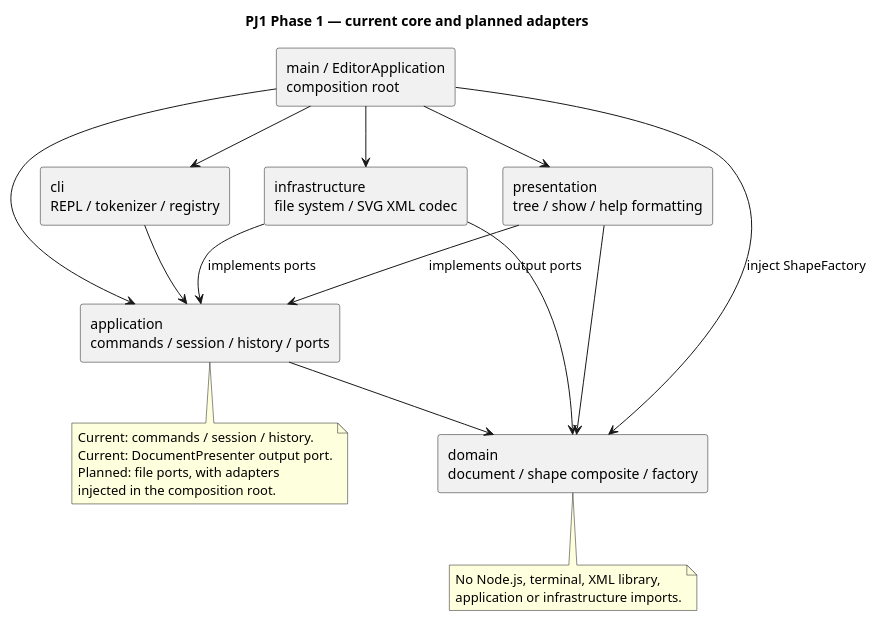
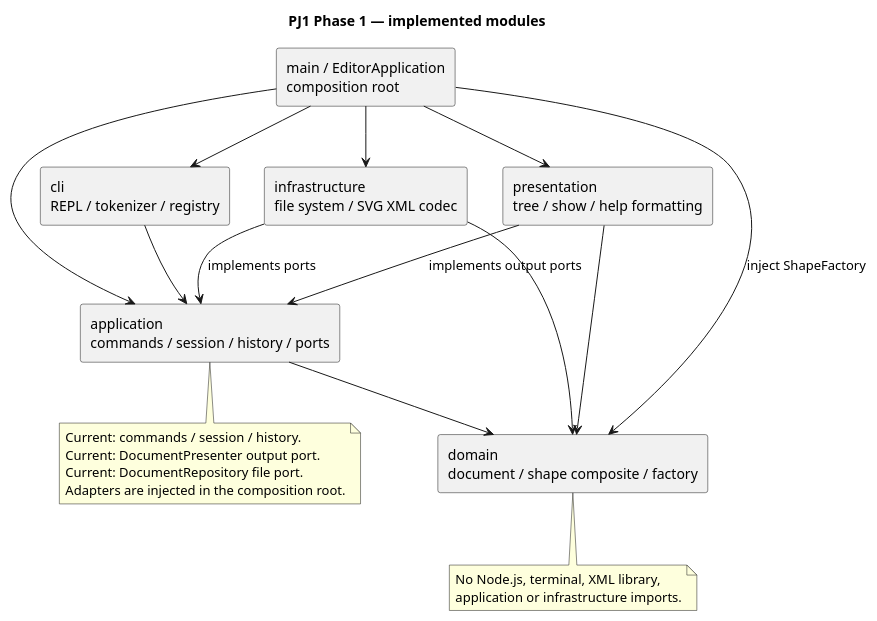
One commit to invvvversion-ysl/pj1-svg-editor changed the diagram in doc/architecture.puml. Above: the diagram before and after it, drawn with PlantUML. The commit also changed 2 other files, not shown here.

```diff
--- a/doc/architecture.puml
+++ b/doc/architecture.puml
@@ -1,31 +1,31 @@
 @startuml
-title PJ1 Phase 1 — current core and planned adapters
+title PJ1 Phase 1 — implemented modules
 skinparam componentStyle rectangle
 component "main / EditorApplication\ncomposition root" as Main
 component "cli\nREPL / tokenizer / registry" as Cli
 component "application\ncommands / session / history / ports" as App
 component "domain\ndocument / shape composite / factory" as Domain
 component "presentation\ntree / show / help formatting" as Presentation
 component "infrastructure\nfile system / SVG XML codec" as Infra
 Main --> Cli
 Main --> App
 Main --> Presentation
 Main --> Infra
 Main --> Domain : inject ShapeFactory
 Cli --> App
 App --> Domain
 Presentation --> Domain
 Presentation --> App : implements output ports
 Infra --> App : implements ports
 Infra --> Domain
 note bottom of Domain
   No Node.js, terminal, XML library,
   application or infrastructure imports.
 end note
 note bottom of App
   Current: commands / session / history.
   Current: DocumentPresenter output port.
-  Planned: file ports, with adapters
-  injected in the composition root.
+  Current: DocumentRepository file port.
+  Adapters are injected in the composition root.
 end note
 @enduml
```
